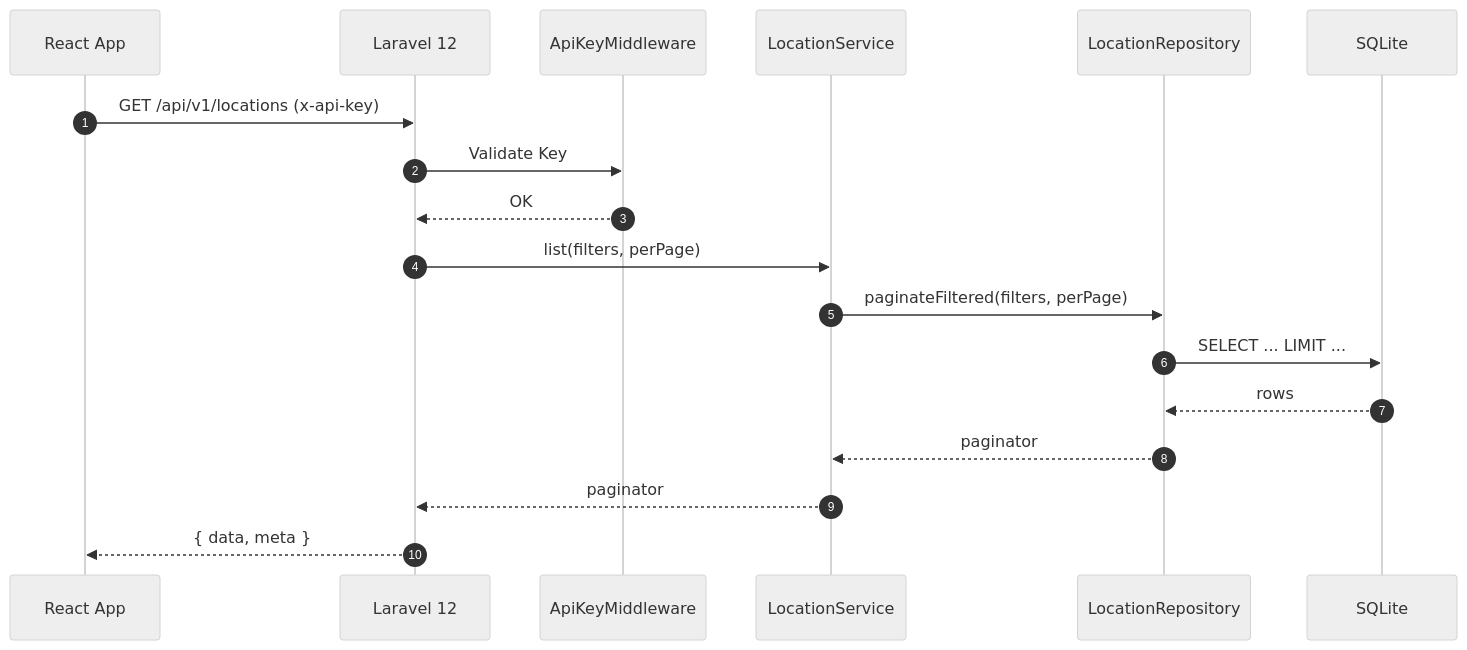
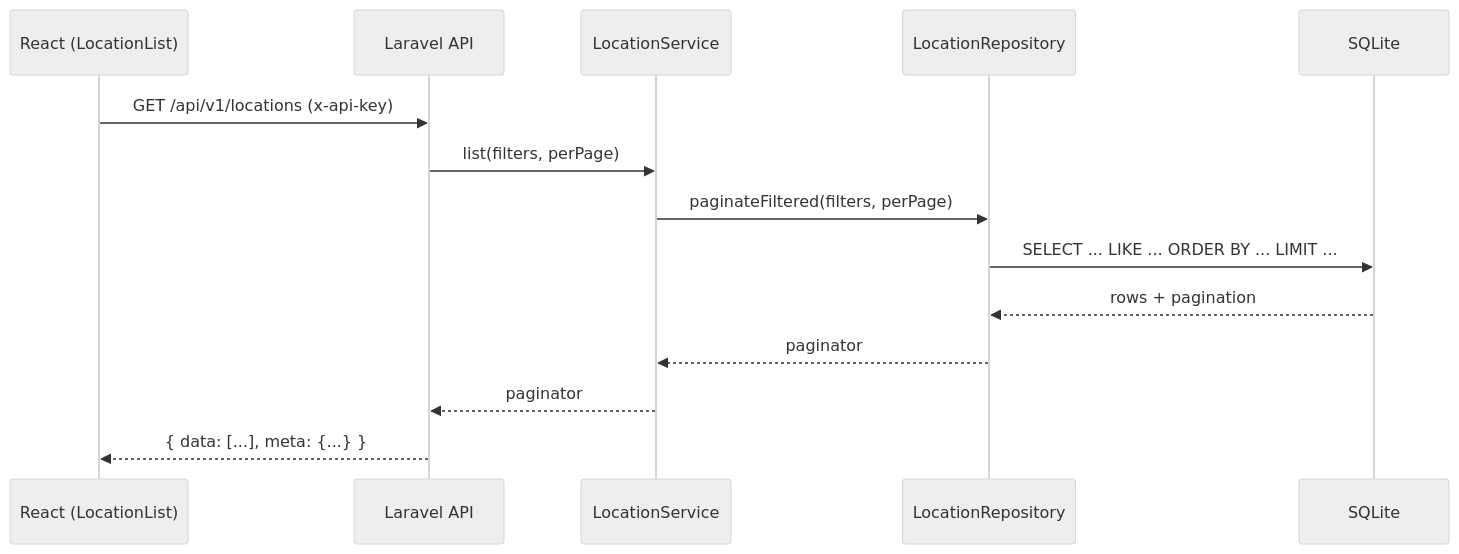
One commit to juancjaramillo/gestor_sedes changed the second of 2 diagrams in README.md. Above: the diagram before and after it, drawn with Mermaid (neutral theme). The commit also changed other lines of this file and 2 other files, not shown here.

````diff
--- a/README.md
+++ b/README.md
@@ -421,21 +233,17 @@
 ```mermaid
 sequenceDiagram
-autonumber
-participant UI as React App
-participant API as Laravel 12
-participant MW as ApiKeyMiddleware
-participant SVC as LocationService
-participant REPO as LocationRepository
-participant DB as SQLite
+  participant UI as React (LocationList)
+  participant API as Laravel API
+  participant SVC as LocationService
+  participant REP as LocationRepository
+  participant DB as SQLite
 
-UI->>API: GET /api/v1/locations (x-api-key)
-API->>MW: Validate Key
-MW-->>API: OK
-API->>SVC: list(filters, perPage)
-SVC->>REPO: paginateFiltered(filters, perPage)
-REPO->>DB: SELECT ... LIMIT ...
-DB-->>REPO: rows
-REPO-->>SVC: paginator
-SVC-->>API: paginator
-API-->>UI: { data, meta }
+  UI->>API: GET /api/v1/locations (x-api-key)
+  API->>SVC: list(filters, perPage)
+  SVC->>REP: paginateFiltered(filters, perPage)
+  REP->>DB: SELECT ... LIKE ... ORDER BY ... LIMIT ...
+  DB-->>REP: rows + pagination
+  REP-->>SVC: paginator
+  SVC-->>API: paginator
+  API-->>UI: { data: [...], meta: {...} }
 ```
````
